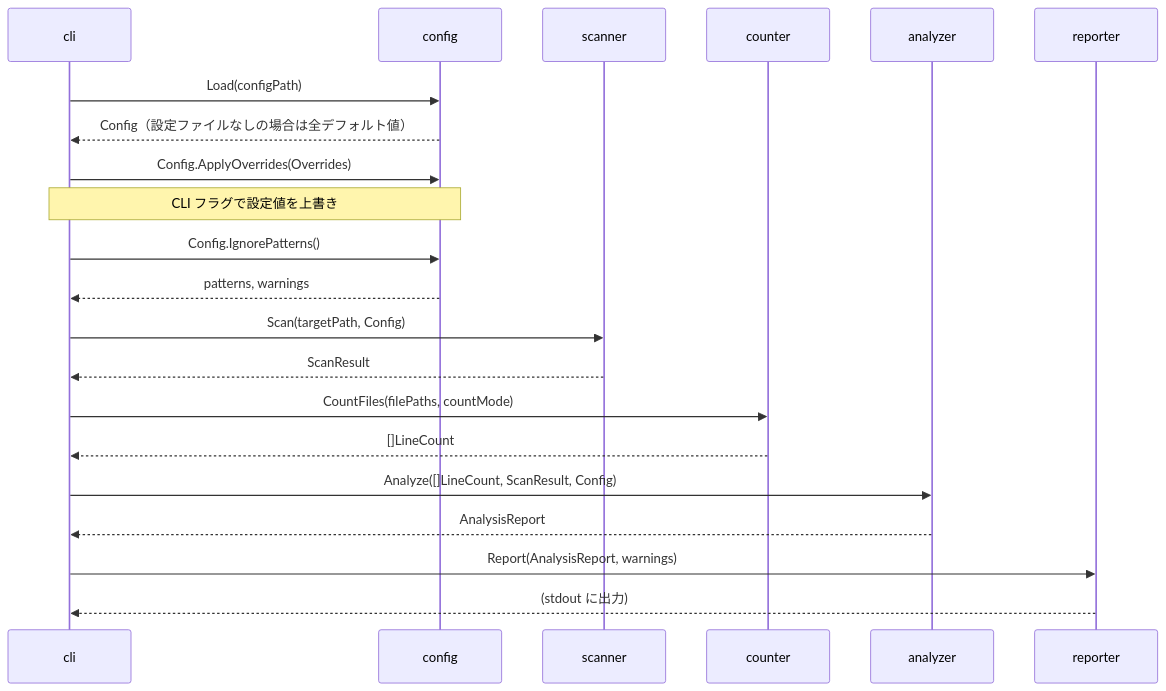
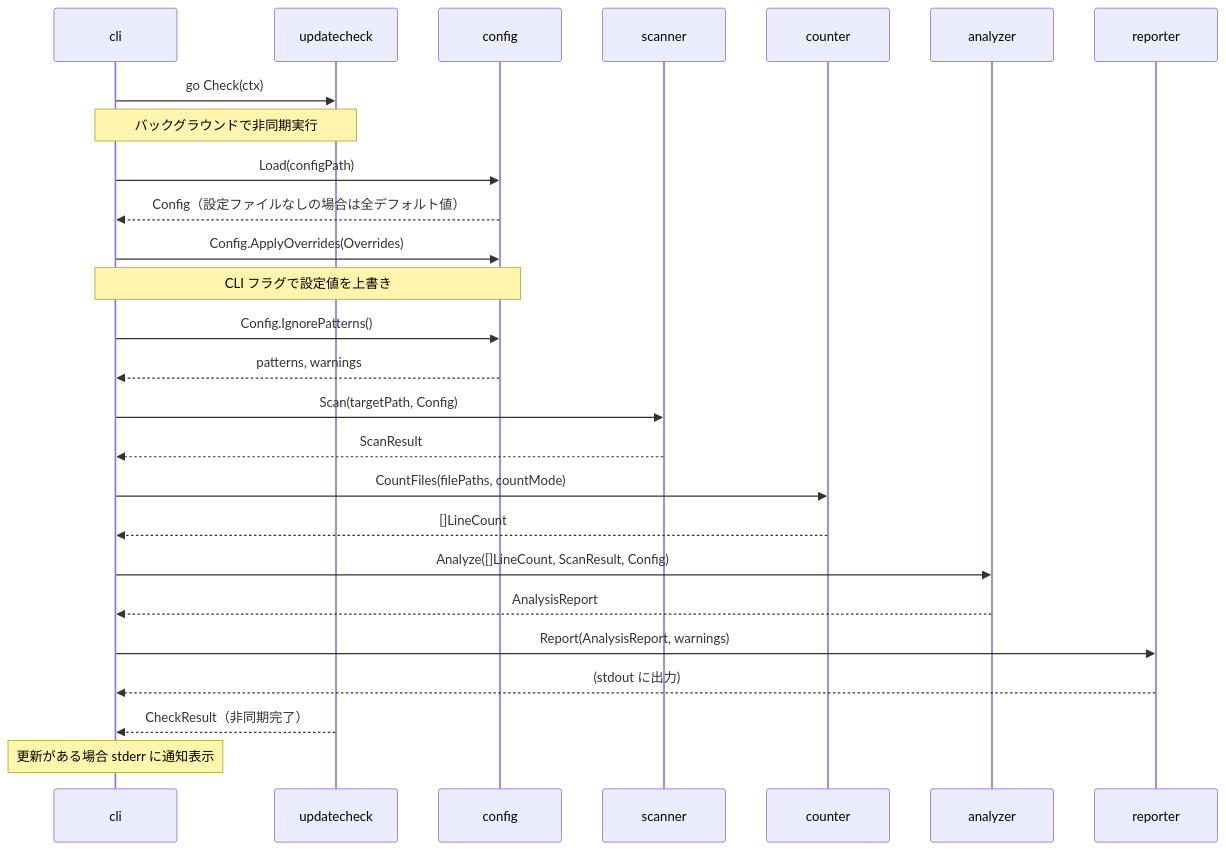
The third of 3 diagrams in docs/components/overview.md (ousiassllc/Linterly), drawn with Mermaid before and after one commit. The commit also changed other lines of this file and 4 other files, not shown here.

````diff
--- a/docs/components/overview.md
+++ b/docs/components/overview.md
@@ -384,24 +509,29 @@
 ```mermaid
 sequenceDiagram
     participant CLI as cli
+    participant UC as updatecheck
     participant Cfg as config
     participant Scn as scanner
     participant Cnt as counter
     participant Ana as analyzer
     participant Rpt as reporter
 
+    CLI->>UC: go Check(ctx)
+    Note over CLI,UC: バックグラウンドで非同期実行
     CLI->>Cfg: Load(configPath)
     Cfg-->>CLI: Config（設定ファイルなしの場合は全デフォルト値）
     CLI->>Cfg: Config.ApplyOverrides(Overrides)
     Note over CLI,Cfg: CLI フラグで設定値を上書き
     CLI->>Cfg: Config.IgnorePatterns()
     Cfg-->>CLI: patterns, warnings
     CLI->>Scn: Scan(targetPath, Config)
     Scn-->>CLI: ScanResult
     CLI->>Cnt: CountFiles(filePaths, countMode)
     Cnt-->>CLI: []LineCount
     CLI->>Ana: Analyze([]LineCount, ScanResult, Config)
     Ana-->>CLI: AnalysisReport
     CLI->>Rpt: Report(AnalysisReport, warnings)
     Rpt-->>CLI: (stdout に出力)
+    UC-->>CLI: CheckResult（非同期完了）
+    Note over CLI: 更新がある場合 stderr に通知表示
 ```
````
